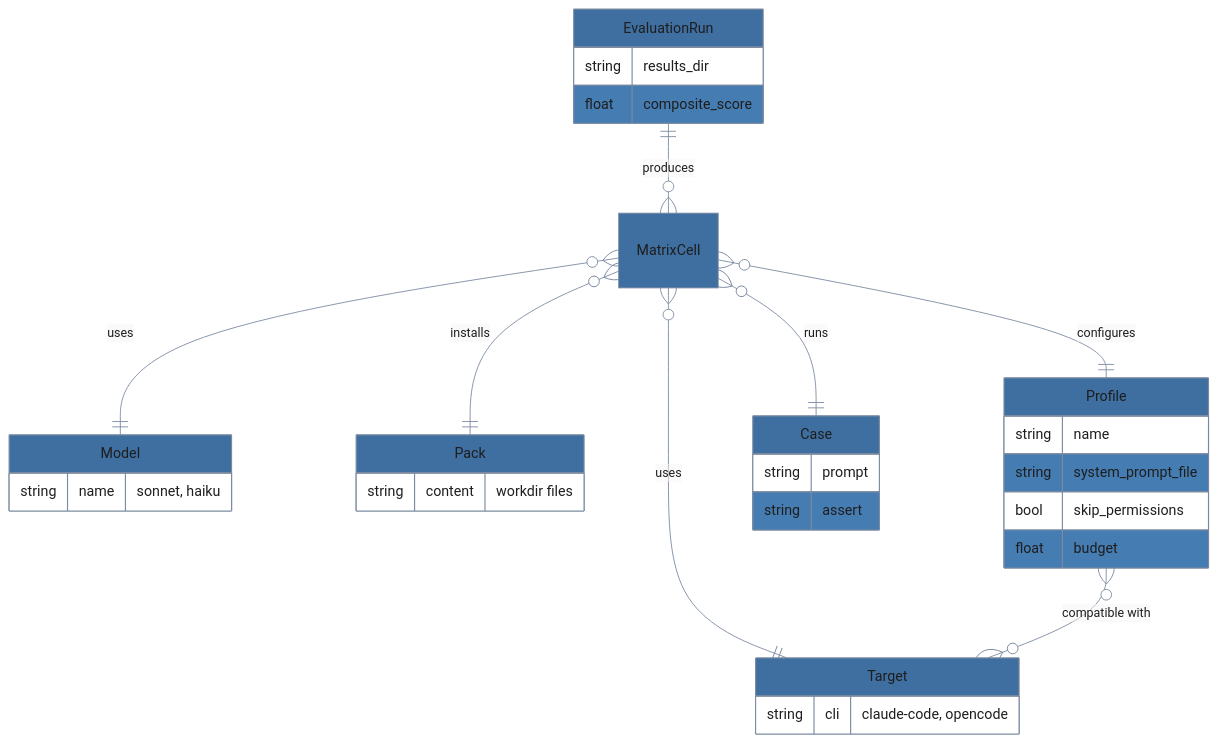
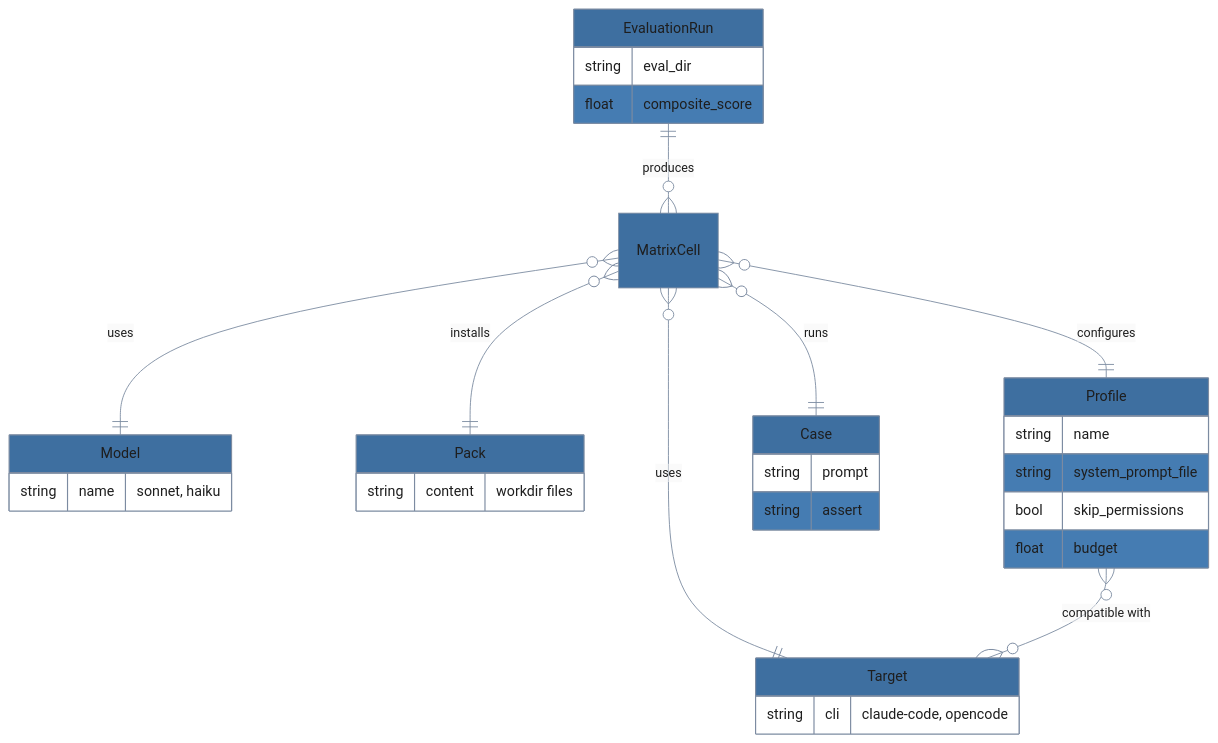
The first of 2 diagrams in README.md (complytime-labs/lola-eval), drawn with Mermaid before and after one commit. The commit also changed other lines of this file and 124 other files, not shown here.

````diff
--- a/README.md
+++ b/README.md
@@ -267,48 +283,48 @@
 ```mermaid
 %%{init: {'theme': 'base', 'themeVariables': {
   'primaryColor': '#3e6fa0',
   'primaryTextColor': '#1e1e1e',
   'primaryBorderColor': '#7c8ba1',
   'lineColor': '#7c8ba1',
   'edgeLabelBackground': '#ffffff',
   'fontFamily': 'system-ui, sans-serif',
   'labelTextColor': '#1e1e1e',
   'textColor': '#1e1e1e',
   'tertiaryTextColor': '#1e1e1e',
   'secondaryColor': '#ffffff',
   'secondaryTextColor': '#1e1e1e',
   'tertiaryColor': '#f5f5f5'
 }}}%%
 erDiagram
   EvaluationRun ||--o{ MatrixCell : produces
   MatrixCell }o--|| Target : uses
   MatrixCell }o--|| Model : uses
   MatrixCell }o--|| Pack : installs
   MatrixCell }o--|| Profile : configures
   MatrixCell }o--|| Case : runs
   Profile }o--o{ Target : "compatible with"
   
   EvaluationRun {
-    string results_dir
+    string eval_dir
     float composite_score
   }
   Target {
     string cli "claude-code, opencode"
   }
   Model {
     string name "sonnet, haiku"
   }
   Pack {
     string content "workdir files"
   }
   Profile {
     string name
     string system_prompt_file
     bool skip_permissions
     float budget
   }
   Case {
     string prompt
     string assert
   }
 ```
````
